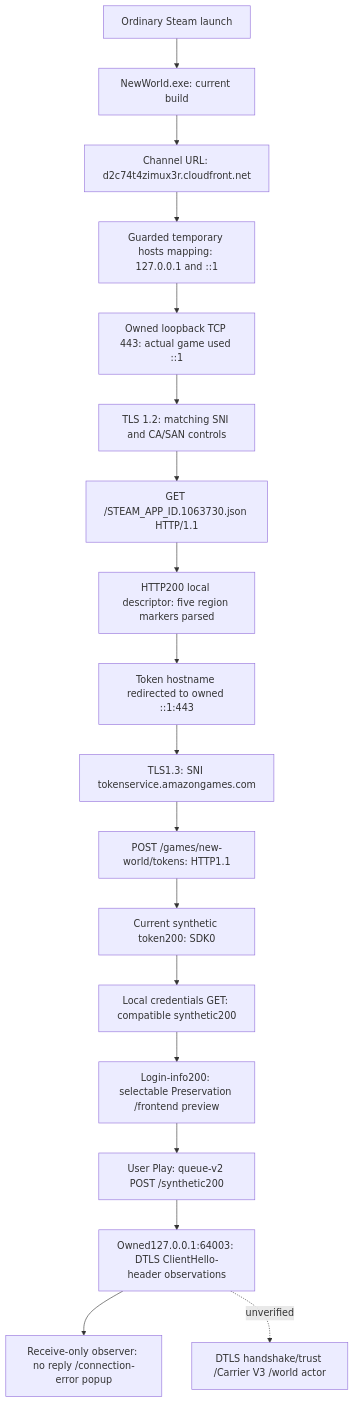
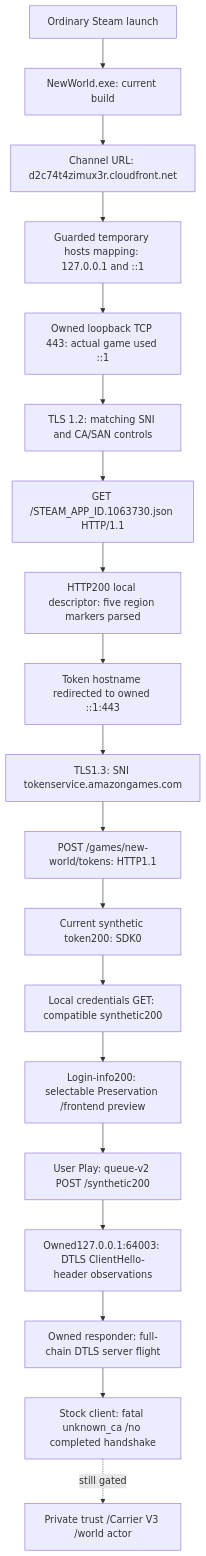
Before and after one commit to AScriver/NewWorldPreservation: the diagram in docs/CURRENT_CLIENT_CONNECTIVITY.md, drawn with Mermaid. The commit also changed other lines of this file and 9 other files, not shown here.

Commit message:
Record intact-EAC refusal and matched stock DTLS control

````diff
--- a/docs/CURRENT_CLIENT_CONNECTIVITY.md
+++ b/docs/CURRENT_CLIENT_CONNECTIVITY.md
@@ -31,20 +41,21 @@
 ```mermaid
 flowchart TD
     Steam[Ordinary Steam launch] --> Client[NewWorld.exe: current build]
     Client --> Bootstrap[Channel URL: d2c74t4zimux3r.cloudfront.net]
     Bootstrap --> Hosts[Guarded temporary hosts mapping: 127.0.0.1 and ::1]
     Hosts --> Probe[Owned loopback TCP 443: actual game used ::1]
     Probe --> TLS[TLS 1.2: matching SNI and CA/SAN controls]
     TLS --> GET[GET /STEAM_APP_ID.1063730.json HTTP/1.1]
     GET --> Regions[HTTP200 local descriptor: five region markers parsed]
     Regions --> Token[Token hostname redirected to owned ::1:443]
     Token --> TokenTLS[TLS1.3: SNI tokenservice.amazongames.com]
     TokenTLS --> Post[POST /games/new-world/tokens: HTTP1.1]
     Post --> TokenAccepted[Current synthetic token200: SDK0]
     TokenAccepted --> Credentials[Local credentials GET: compatible synthetic200]
     Credentials --> Preview[Login-info200: selectable Preservation /frontend preview]
     Preview --> Queue[User Play: queue-v2 POST /synthetic200]
     Queue --> UDP[Owned127.0.0.1:64003: DTLS ClientHello-header observations]
-    UDP --> Stop[Receive-only observer: no reply /connection-error popup]
-    UDP -. unverified .-> REP[DTLS handshake/trust /Carrier V3 /world actor]
+    UDP --> Flight[Owned responder: full-chain DTLS server flight]
+    Flight --> Stop[Stock client: fatal unknown_ca /no completed handshake]
+    Stop -. still gated .-> REP[Private trust /Carrier V3 /world actor]
 ```
````
